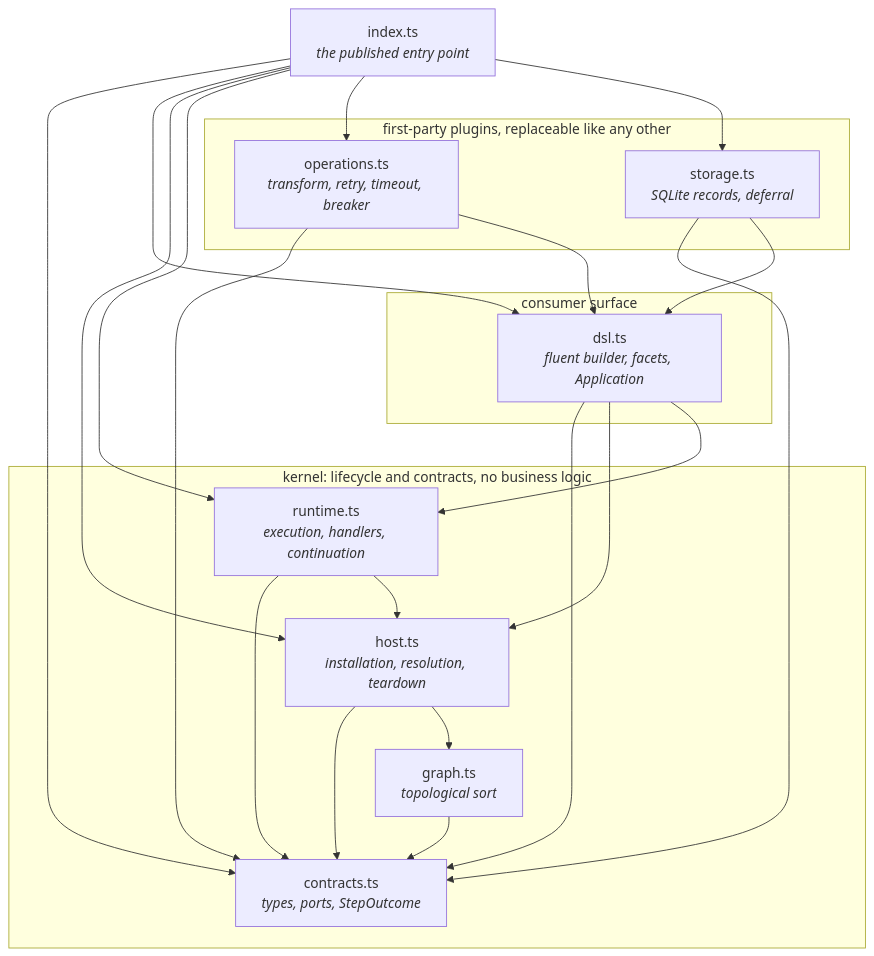
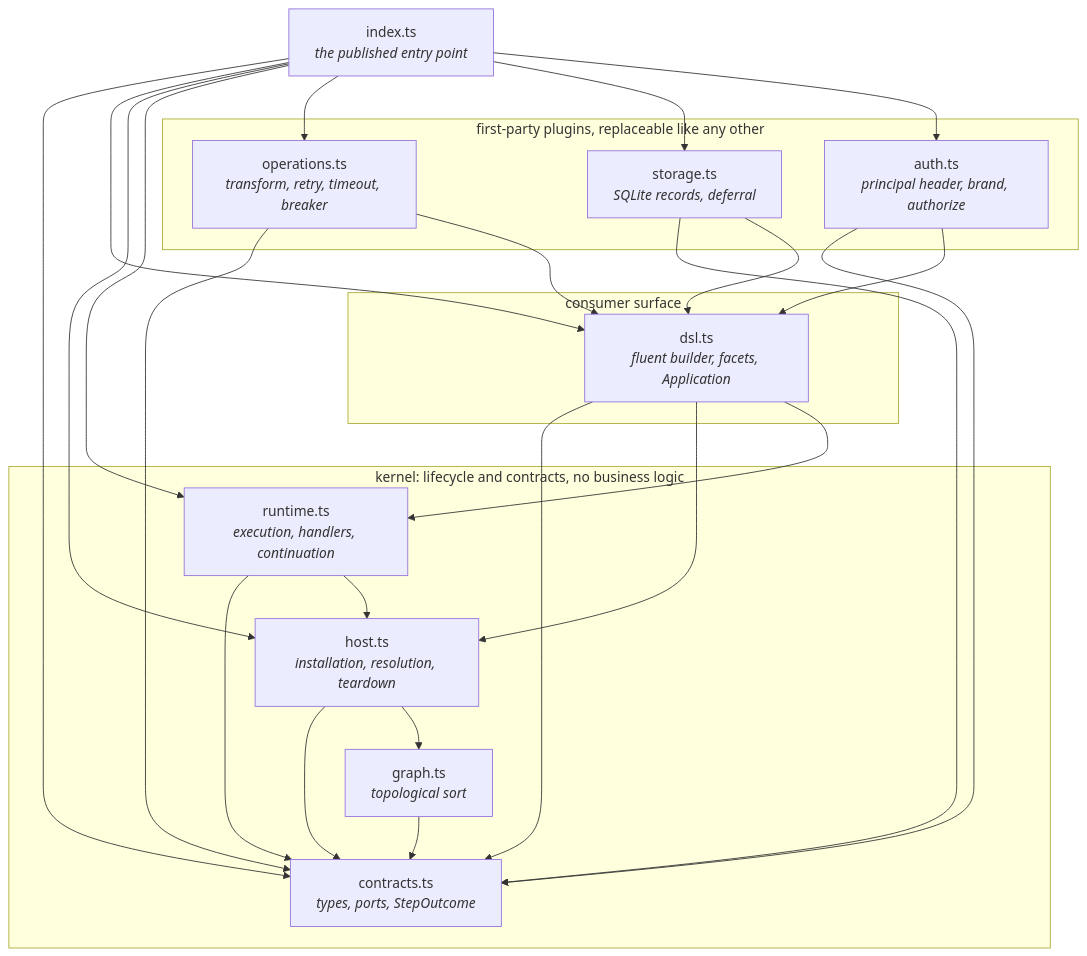
One commit to routecraftjs/routecraft changed the first of 6 diagrams in spikes/plugin-architecture/DIAGRAMS-MECHANISM.md. Above: the diagram before and after it, drawn with Mermaid. The commit also changed 17 other files, not shown here.

````diff
--- a/spikes/plugin-architecture/DIAGRAMS-MECHANISM.md
+++ b/spikes/plugin-architecture/DIAGRAMS-MECHANISM.md
@@ -23,37 +23,41 @@
 ```mermaid
 %% module-graph
 graph TD
     subgraph kernel["kernel: lifecycle and contracts, no business logic"]
         contracts["contracts.ts<br/><i>types, ports, StepOutcome</i>"]
         graph_["graph.ts<br/><i>topological sort</i>"]
         host["host.ts<br/><i>installation, resolution, teardown</i>"]
         runtime["runtime.ts<br/><i>execution, handlers, continuation</i>"]
     end
     subgraph surface["consumer surface"]
         dsl["dsl.ts<br/><i>fluent builder, facets, Application</i>"]
     end
     subgraph plugins["first-party plugins, replaceable like any other"]
         operations["operations.ts<br/><i>transform, retry, timeout, breaker</i>"]
         storage["storage.ts<br/><i>SQLite records, deferral</i>"]
+        auth["auth.ts<br/><i>principal header, brand, authorize</i>"]
     end
     index["index.ts<br/><i>the published entry point</i>"]
 
     graph_ --> contracts
     host --> contracts
     host --> graph_
     runtime --> contracts
     runtime --> host
     dsl --> contracts
     dsl --> host
     dsl --> runtime
     operations --> contracts
     operations --> dsl
     storage --> contracts
     storage --> dsl
+    auth --> contracts
+    auth --> dsl
     index --> contracts
     index --> dsl
     index --> host
     index --> runtime
     index --> operations
     index --> storage
+    index --> auth
 ```
````
